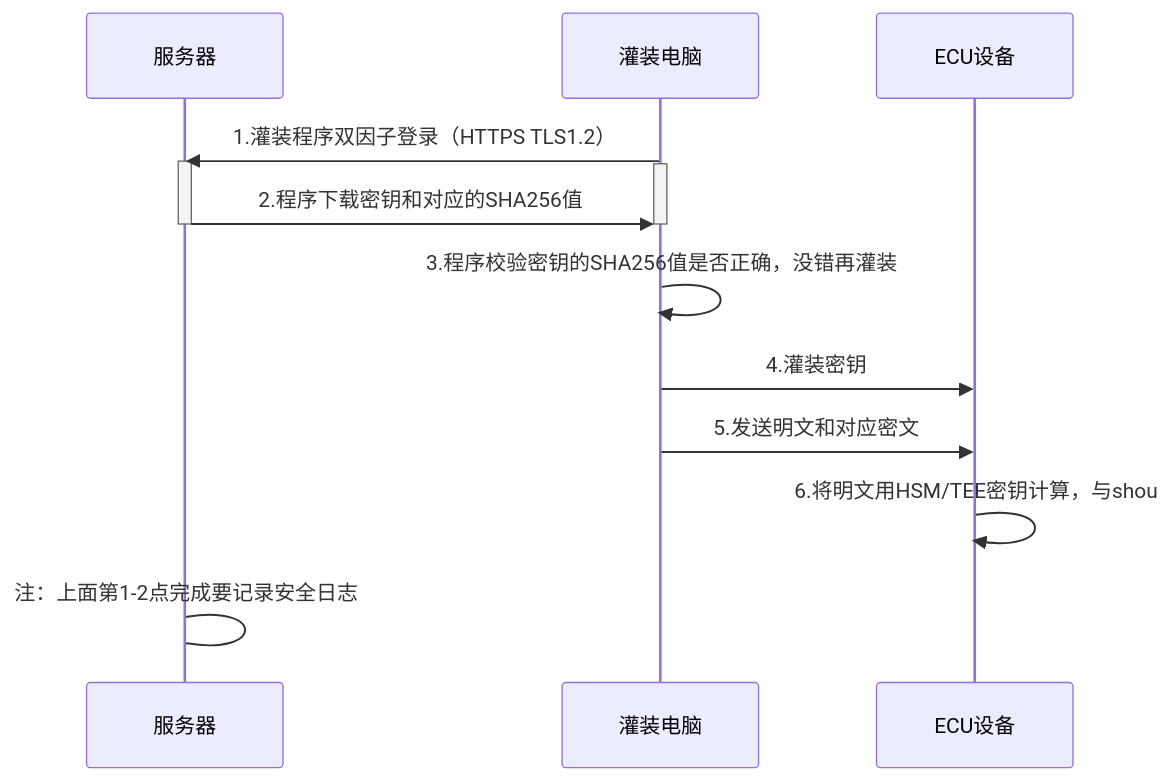
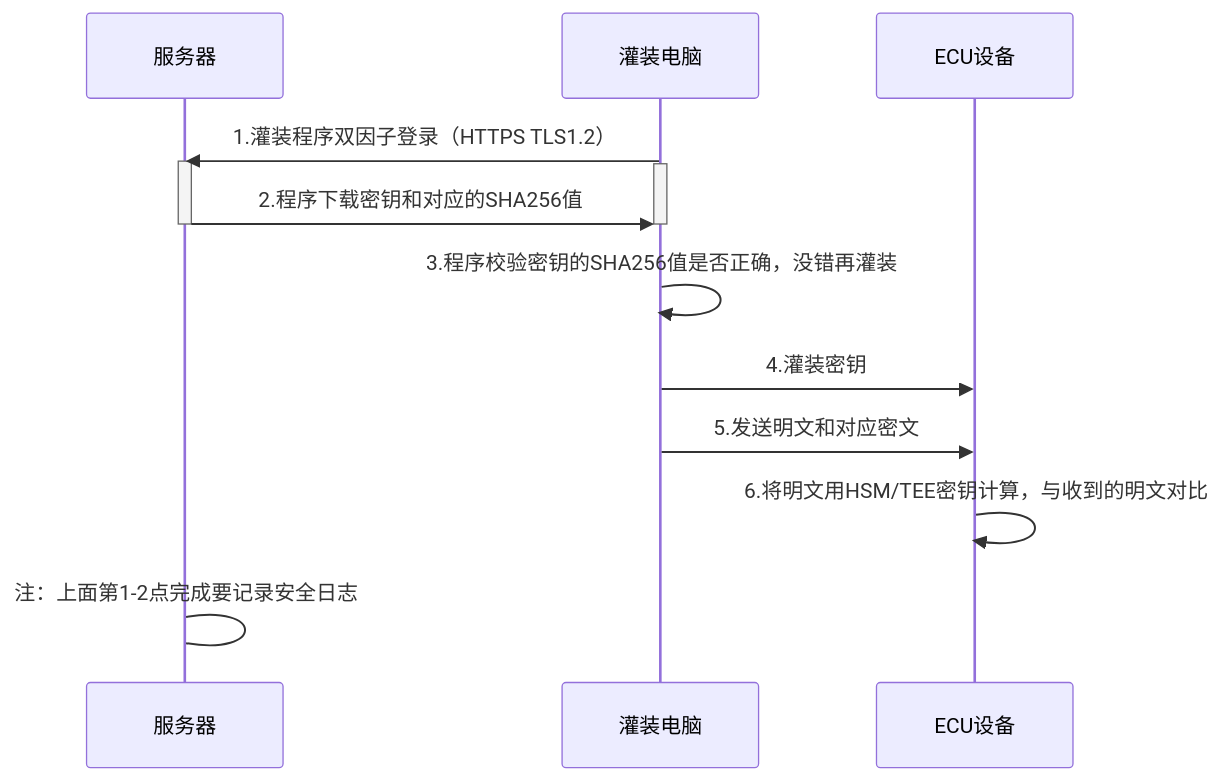
Before and after one commit to facebook-cloud/iodraw-files: the diagram in all/未命名-25.md, drawn with Mermaid.

Commit message:
2026-04-21 15:23:45 update

````diff
--- a/all/未命名-25.md
+++ b/all/未命名-25.md
@@ -1,23 +1,23 @@
 ```mermaid
 sequenceDiagram
   
     participant B as 服务器
     participant D as 灌装电脑
     participant E as ECU设备
 
     D->>B: 1.灌装程序双因子登录（HTTPS TLS1.2）
     activate B
     activate D
 
     B->>D: 2.程序下载密钥和对应的SHA256值 
 
     deactivate B
     deactivate D
     
     D->>D: 3.程序校验密钥的SHA256值是否正确，没错再灌装
     D->>E: 4.灌装密钥
     D->>E: 5.发送明文和对应密文
-    E->>E: 6.将明文用HSM/TEE密钥计算，与shou
+    E->>E: 6.将明文用HSM/TEE密钥计算，与收到的明文对比
 
     B->B: 注：上面第1-2点完成要记录安全日志
 ```
````
